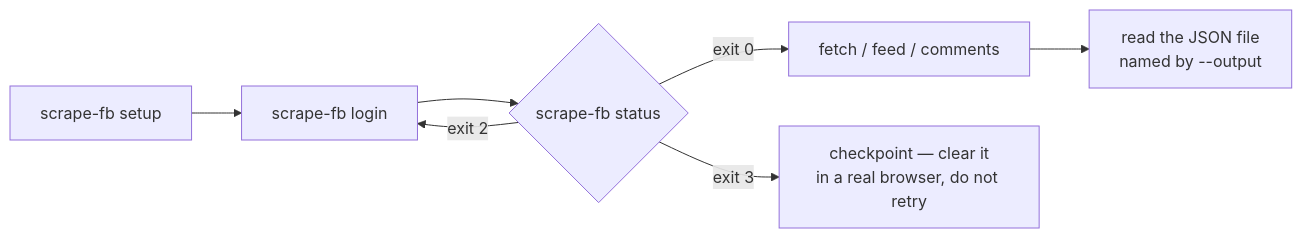
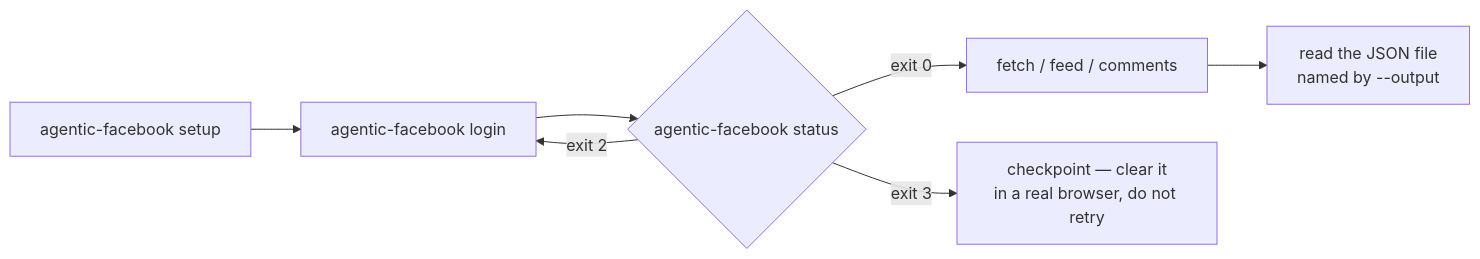
One commit to tjdwls101010/Scraper-for-Facebook changed the diagram in docs/wiki/Quick-Start.md. Above: the diagram before and after it, drawn with Mermaid. The commit also changed other lines of this file and 59 other files, not shown here.

First line of the commit message:
Rename to Agentic Facebook (package, CLI, module, docs) (#1)

````diff
--- a/docs/wiki/Quick-Start.md
+++ b/docs/wiki/Quick-Start.md
@@ -70,9 +70,9 @@
 ```mermaid
 flowchart LR
-    A[scrape-fb setup] --> B[scrape-fb login]
-    B --> C{scrape-fb status}
+    A[agentic-facebook setup] --> B[agentic-facebook login]
+    B --> C{agentic-facebook status}
     C -->|exit 0| D[fetch / feed / comments]
     C -->|exit 2| B
     C -->|exit 3| E["checkpoint — clear it<br/>in a real browser, do not retry"]
     D --> F["read the JSON file<br/>named by --output"]
 ```
````
